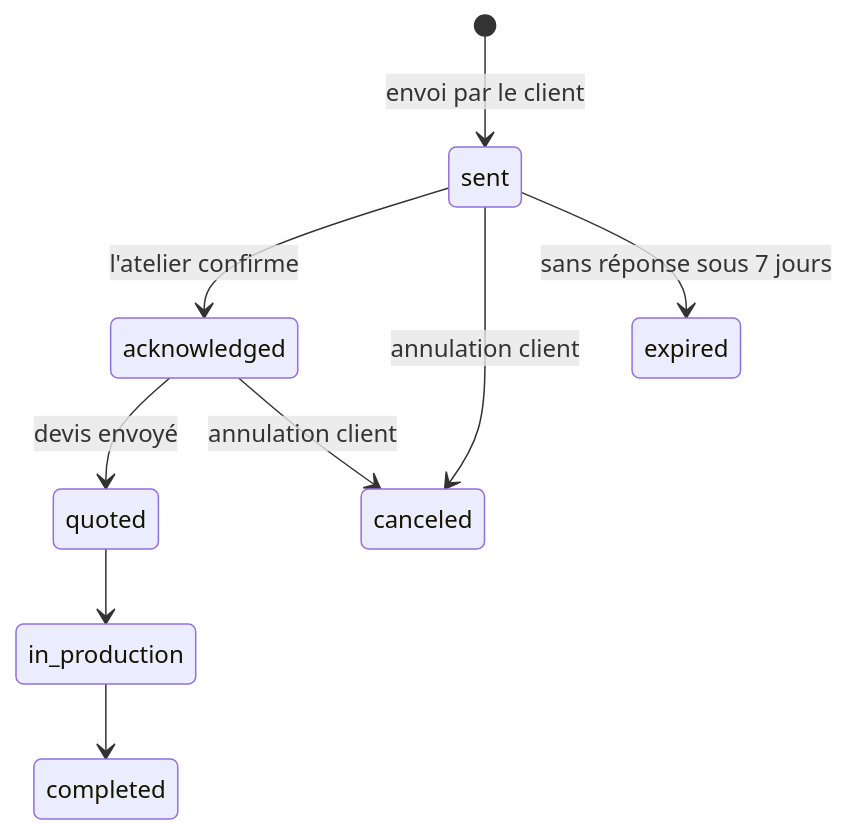
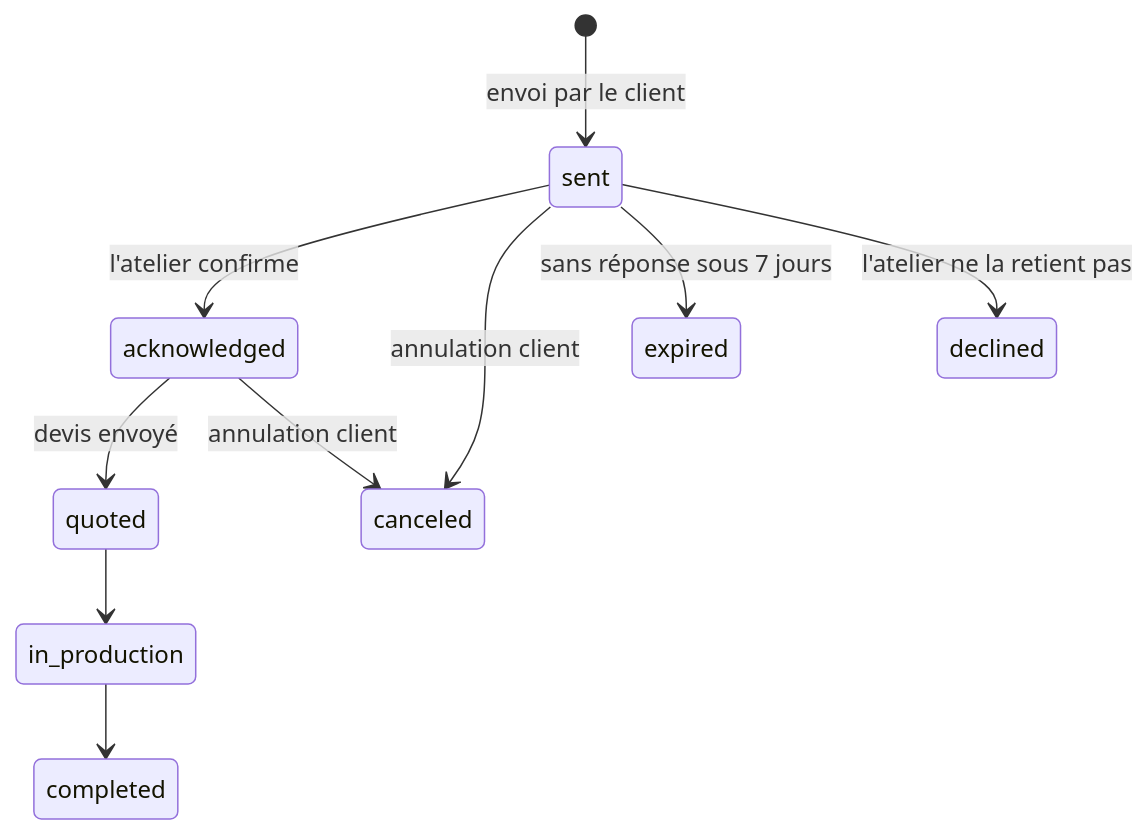
The third of 4 diagrams in docs/SPEC.md (Kilanga/logosvg), drawn with Mermaid before and after one commit. The commit also changed other lines of this file and 1 other file, not shown here.

````diff
--- a/docs/SPEC.md
+++ b/docs/SPEC.md
@@ -291,11 +291,12 @@
 ```mermaid
 stateDiagram-v2
   [*] --> sent: envoi par le client
   sent --> acknowledged: l'atelier confirme
   acknowledged --> quoted: devis envoyé
   quoted --> in_production
   in_production --> completed
   sent --> canceled: annulation client
   acknowledged --> canceled: annulation client
   sent --> expired: sans réponse sous 7 jours
+  sent --> declined: l'atelier ne la retient pas
 ```
````
